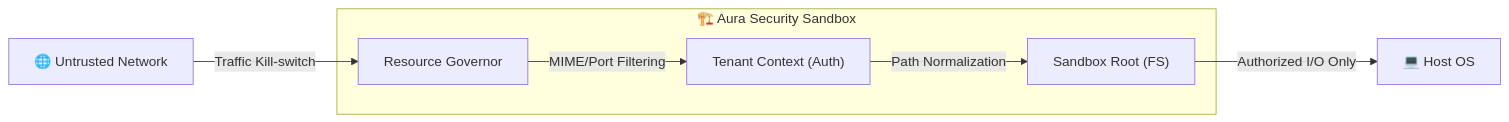
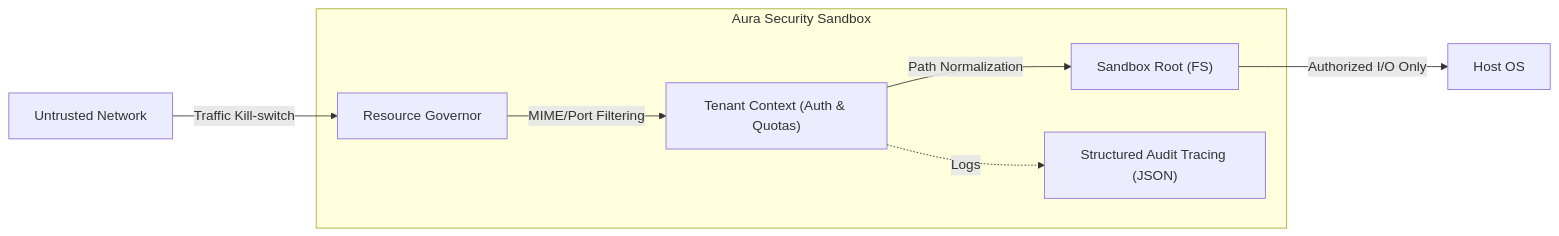
The sixth of 6 diagrams in aura-docs/project/ARCHITECTURE.md (ronmkr/aura), drawn with Mermaid before and after one commit. The commit also changed other lines of this file and 22 other files, not shown here.

````diff
--- a/aura-docs/project/ARCHITECTURE.md
+++ b/aura-docs/project/ARCHITECTURE.md
@@ -206,17 +206,19 @@
 ```mermaid
 flowchart LR
-    Network["🌐 Untrusted Network"]
+    Network["Untrusted Network"]
     
-    subgraph Sandbox ["🏗️ Aura Security Sandbox"]
+    subgraph Sandbox ["Aura Security Sandbox"]
         RG["Resource Governor"]
-        RBAC["Tenant Context (Auth)"]
+        RBAC["Tenant Context (Auth & Quotas)"]
         Root["Sandbox Root (FS)"]
+        Audit["Structured Audit Tracing (JSON)"]
     end
     
-    Host["💻 Host OS"]
+    Host["Host OS"]
 
     Network -- "Traffic Kill-switch" --> RG
     RG -- "MIME/Port Filtering" --> RBAC
     RBAC -- "Path Normalization" --> Root
     Root -- "Authorized I/O Only" --> Host
+    RBAC -. "Logs" .-> Audit
 ```
````
